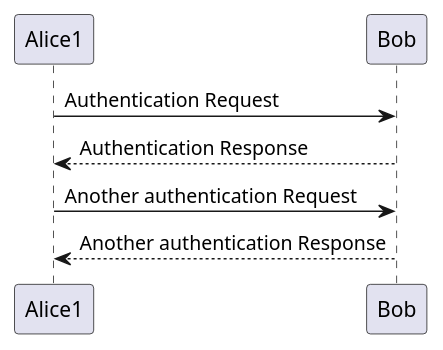
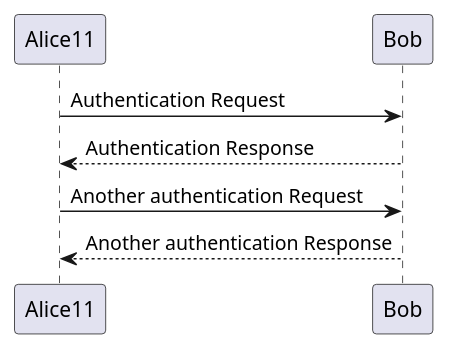
The diagram in diagrams/test1.puml (VamshiAnumolu/plant-uml-action), drawn with PlantUML before and after one commit.

```diff
--- a/diagrams/test1.puml
+++ b/diagrams/test1.puml
@@ -1,7 +1,7 @@
 @startuml
-Alice1 -> Bob: Authentication Request
-Bob --> Alice1: Authentication Response
+Alice11 -> Bob: Authentication Request
+Bob --> Alice11: Authentication Response
 
-Alice1 -> Bob: Another authentication Request
-Alice1 <-- Bob: Another authentication Response
+Alice11 -> Bob: Another authentication Request
+Alice11 <-- Bob: Another authentication Response
 @enduml
```
